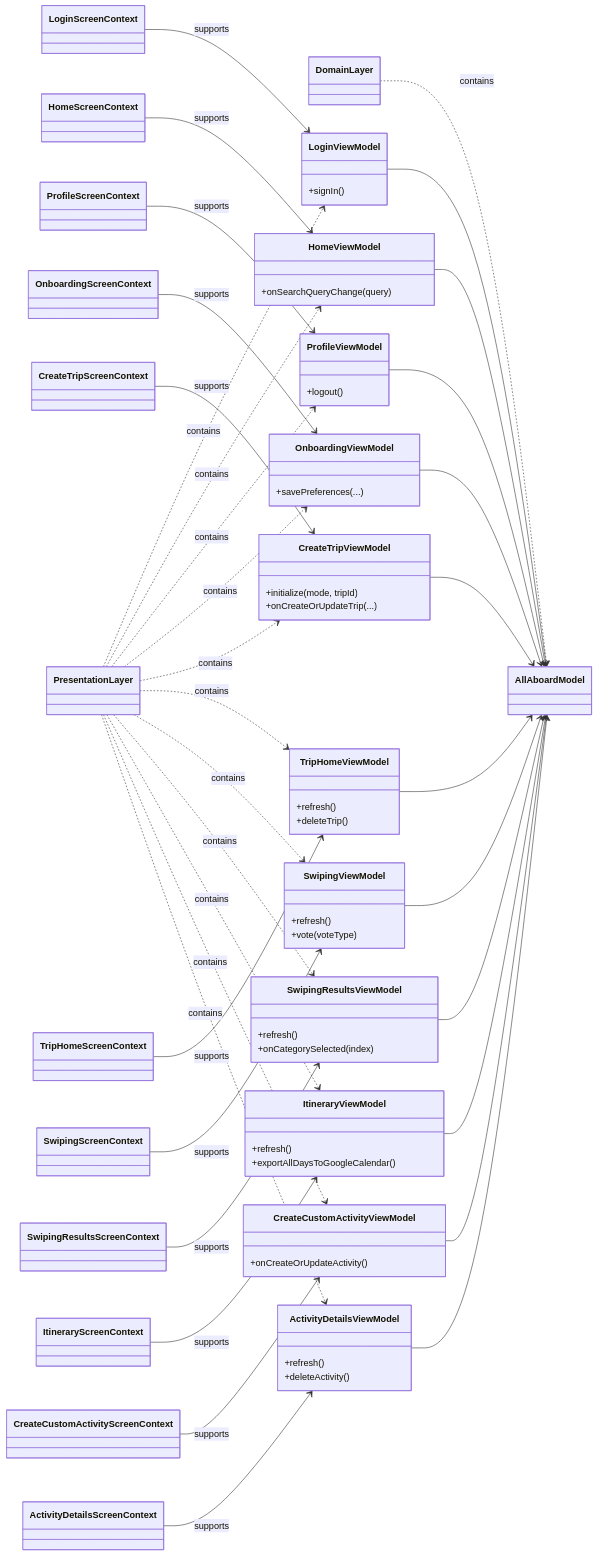
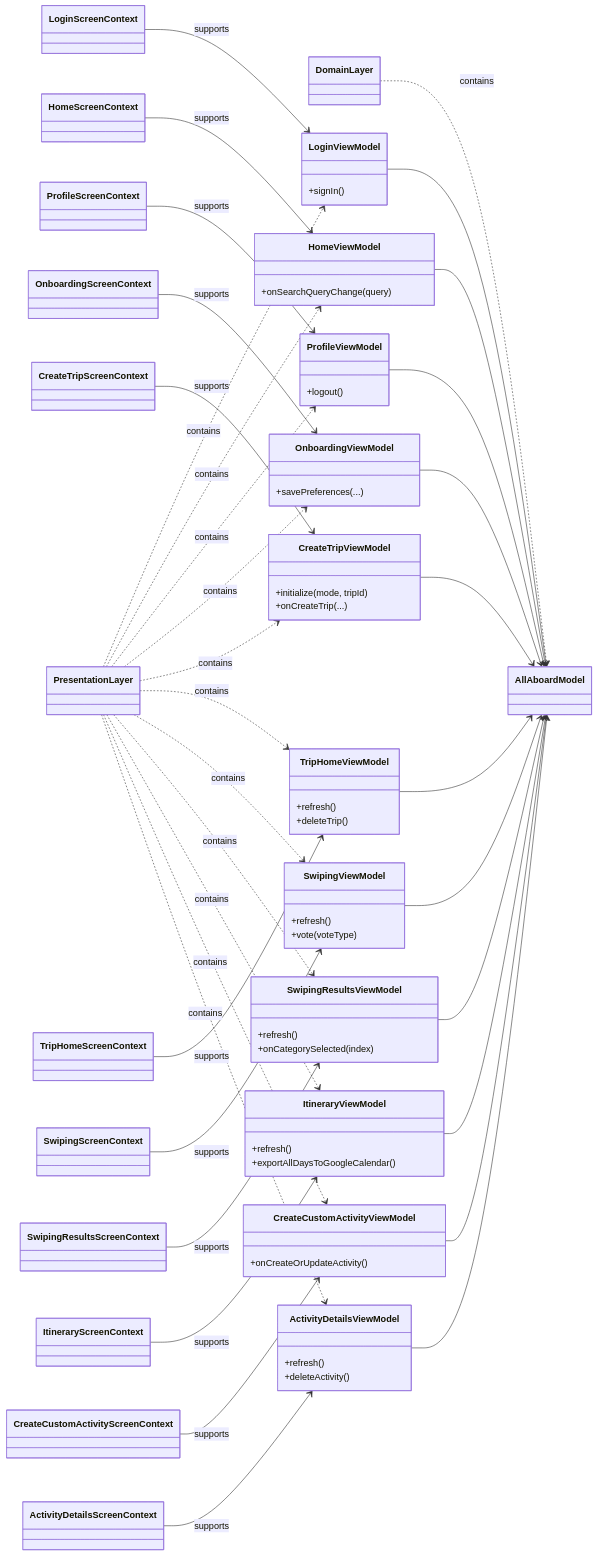
Before and after one commit to bethxny-liu/AllAboard: the second of 2 diagrams in docs/uml-class-diagrams.md, drawn with Mermaid.

```diff
--- a/docs/uml-class-diagrams.md
+++ b/docs/uml-class-diagrams.md
@@ -203,7 +203,7 @@
     }
     class CreateTripViewModel {
       +initialize(mode, tripId)
-      +onCreateOrUpdateTrip(...)
+      +onCreateTrip(...)
     }
     class TripHomeViewModel {
       +refresh()
```
